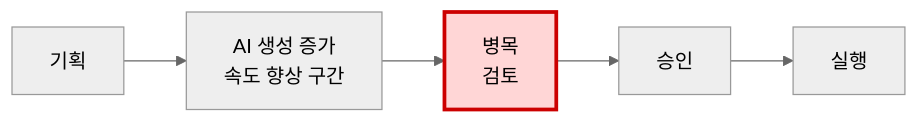
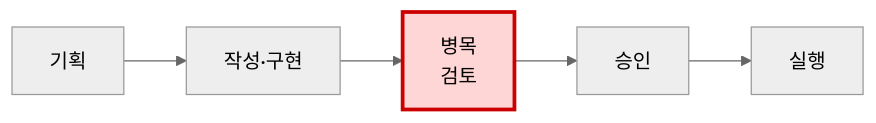
One commit to garam-park/garam-park.github.io changed the second of 2 diagrams in _posts/2026-07-19-ai-productivity-paradox.md. Above: the diagram before and after it, drawn with Mermaid (neutral theme).

Commit message:
문서 수정: Mermaid 다이어그램에서 'AI 생성 증가'를 '작성·구현'으로 변경

````diff
--- a/_posts/2026-07-19-ai-productivity-paradox.md
+++ b/_posts/2026-07-19-ai-productivity-paradox.md
@@ -74,6 +74,6 @@
 ```mermaid
 flowchart LR
-    A[기획] --> B[AI 생성 증가<br/>속도 향상 구간] --> C[병목<br/>검토] --> D[승인] --> E[실행]
+    A[기획] --> B[작성·구현] --> C[병목<br/>검토] --> D[승인] --> E[실행]
     classDef bottleneck fill:#ffd6d6,stroke:#c00,stroke-width:3px,color:#000
     class C bottleneck
 ```
````
